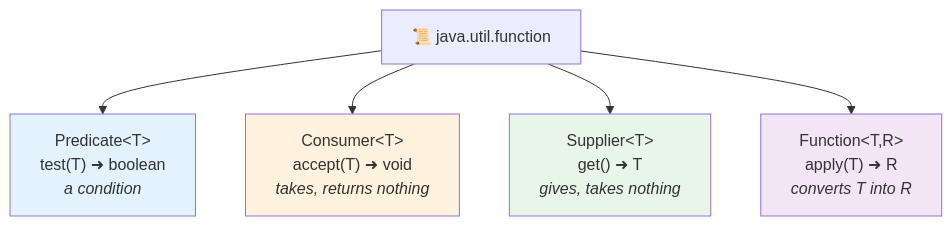
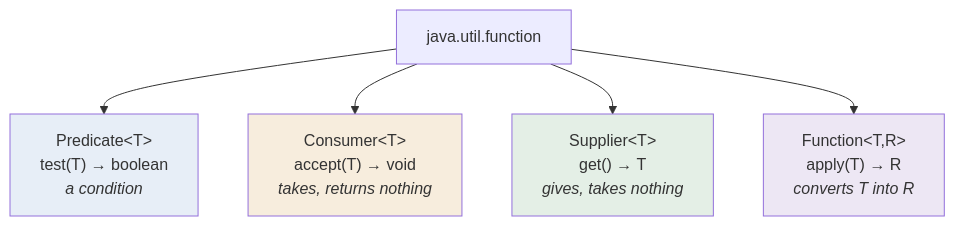
One commit to kundankumarsharma56/Leaning-Java changed the diagram in src/Theory/12-Java-8-Features/04-Functional-Interfaces.md. Above: the diagram before and after it, drawn with Mermaid. The commit also changed other lines of this file and 84 other files, not shown here.

````diff
--- a/src/Theory/12-Java-8-Features/04-Functional-Interfaces.md
+++ b/src/Theory/12-Java-8-Features/04-Functional-Interfaces.md
@@ -23,11 +23,11 @@
 ```mermaid
 flowchart TD
-    F["📜 java.util.function"] --> P["Predicate&lt;T&gt;<br/>test(T) ➜ boolean<br/><i>a condition</i>"]
-    F --> C["Consumer&lt;T&gt;<br/>accept(T) ➜ void<br/><i>takes, returns nothing</i>"]
-    F --> S["Supplier&lt;T&gt;<br/>get() ➜ T<br/><i>gives, takes nothing</i>"]
-    F --> FN["Function&lt;T,R&gt;<br/>apply(T) ➜ R<br/><i>converts T into R</i>"]
-    style P fill:#e3f2fd
-    style C fill:#fff3e0
-    style S fill:#e8f5e9
-    style FN fill:#f3e5f5
+    F["java.util.function"] --> P["Predicate&lt;T&gt;<br/>test(T) → boolean<br/><i>a condition</i>"]
+    F --> C["Consumer&lt;T&gt;<br/>accept(T) → void<br/><i>takes, returns nothing</i>"]
+    F --> S["Supplier&lt;T&gt;<br/>get() → T<br/><i>gives, takes nothing</i>"]
+    F --> FN["Function&lt;T,R&gt;<br/>apply(T) → R<br/><i>converts T into R</i>"]
+    style P fill:#e7eef7
+    style C fill:#f7eddd
+    style S fill:#e4efe6
+    style FN fill:#ede7f4
 ```
````
